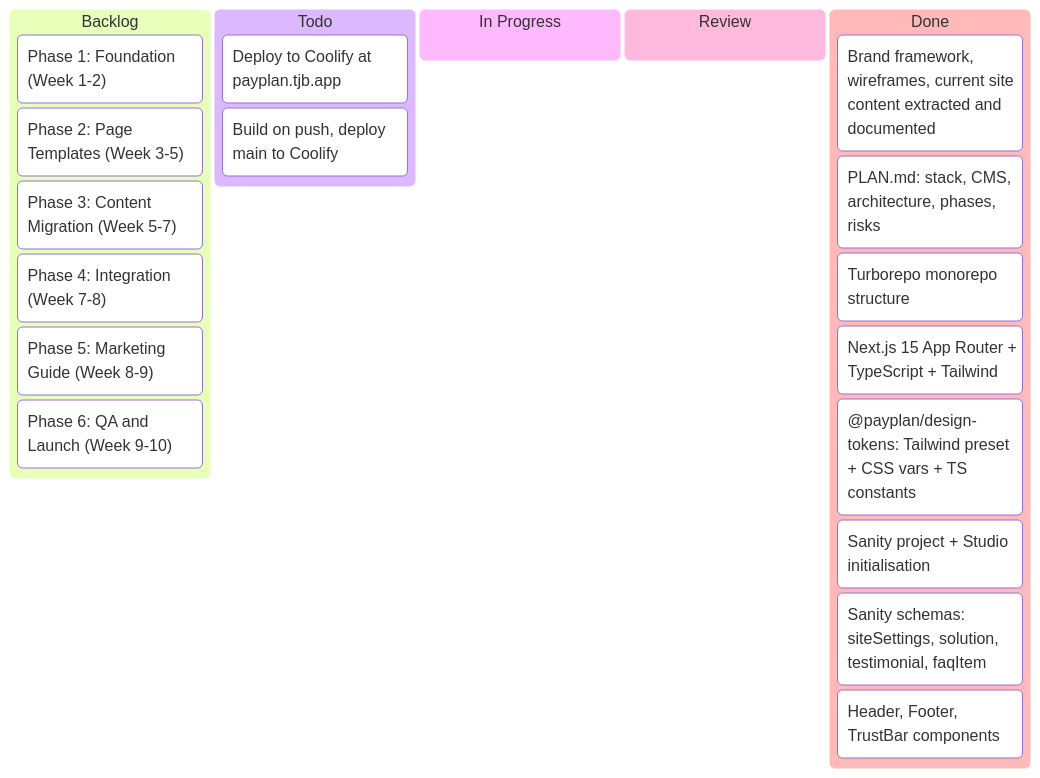
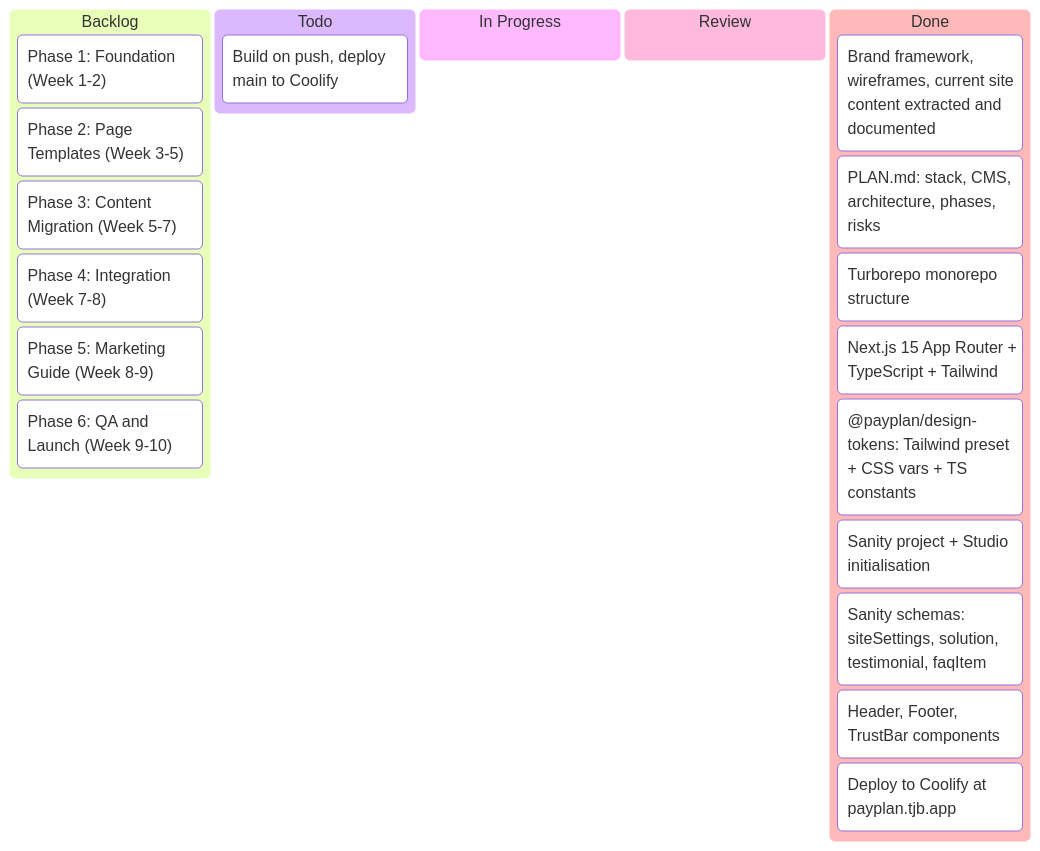
The diagram in KANBAN.md (timothybroome/payplan-website), drawn with Mermaid before and after one commit. The commit also changed other lines of this file, not shown here.

Commit message:
Mark Coolify deploy as done

````diff
--- a/KANBAN.md
+++ b/KANBAN.md
@@ -3,27 +3,27 @@
 ```mermaid
 ---
 title: payplan-website
 ---
 kanban
   Backlog
     Phase 1 Foundation["Phase 1: Foundation (Week 1-2)"]
     Phase 2 Templates["Phase 2: Page Templates (Week 3-5)"]
     Phase 3 Content["Phase 3: Content Migration (Week 5-7)"]
     Phase 4 Integration["Phase 4: Integration (Week 7-8)"]
     Phase 5 Guide["Phase 5: Marketing Guide (Week 8-9)"]
     Phase 6 Launch["Phase 6: QA and Launch (Week 9-10)"]
   Todo
-    Coolify deploy["Deploy to Coolify at payplan.tjb.app"]
     CI pipeline["Build on push, deploy main to Coolify"]
   In Progress
   Review
   Done
     Source materials["Brand framework, wireframes, current site content extracted and documented"]
     Technical plan["PLAN.md: stack, CMS, architecture, phases, risks"]
     Monorepo setup["Turborepo monorepo structure"]
     Next.js scaffold["Next.js 15 App Router + TypeScript + Tailwind"]
     Design tokens package["@payplan/design-tokens: Tailwind preset + CSS vars + TS constants"]
     Sanity project setup["Sanity project + Studio initialisation"]
     Core schemas["Sanity schemas: siteSettings, solution, testimonial, faqItem"]
     Layout components["Header, Footer, TrustBar components"]
+    Coolify deploy["Deploy to Coolify at payplan.tjb.app"]
 ```
````
